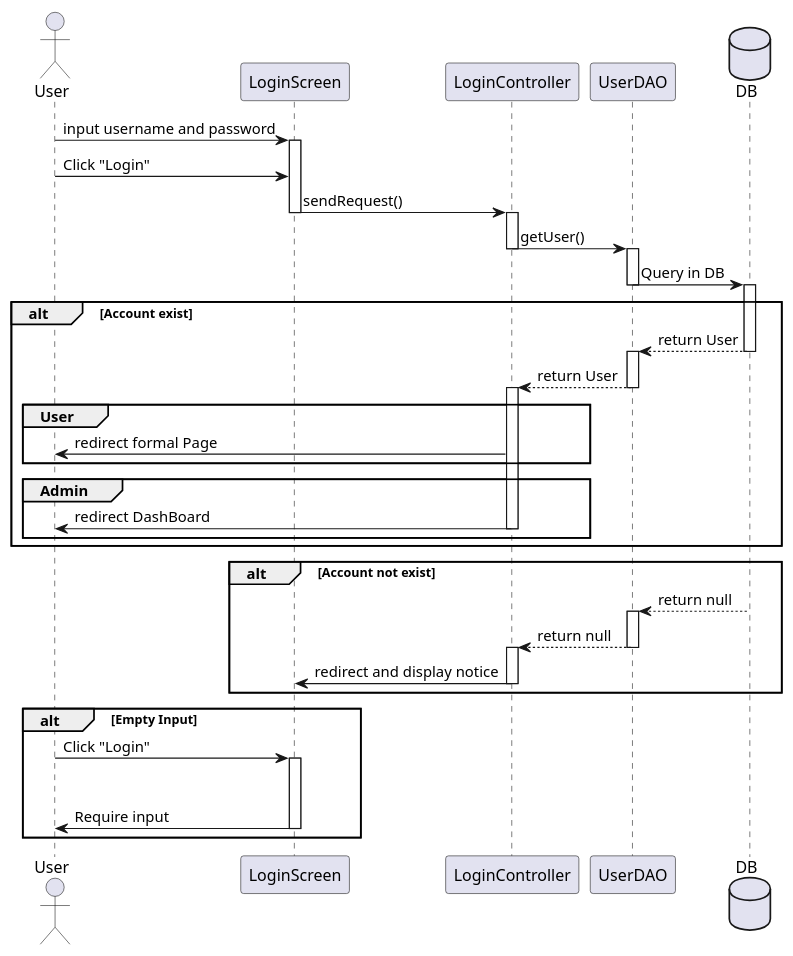
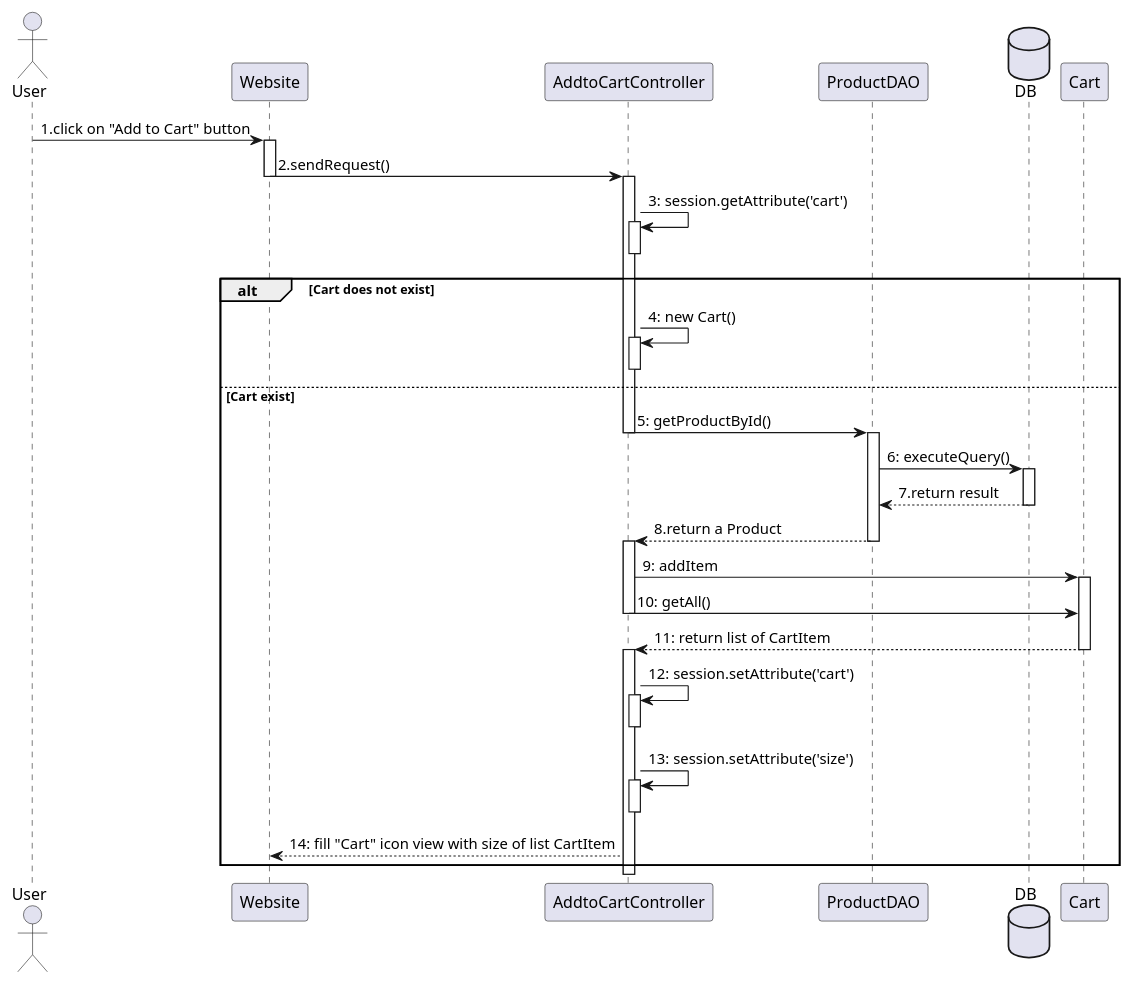
Before and after one commit to baspdd/desktop-tutorial: the diagram in Seuqence/te1.puml, drawn with PlantUML. The commit also changed 139 other files, not shown here.

```diff
--- a/Seuqence/te1.puml
+++ b/Seuqence/te1.puml
@@ -1,41 +1,30 @@
 @startuml
 
 actor       User
-participant LoginScreen
-participant LoginController
-participant UserDAO
+participant Website
+participant AddtoCartController
+participant ProductDAO
 database DB
+participant Cart
 
-User -> LoginScreen  ++: input username and password
-User -> LoginScreen : Click "Login"
-LoginScreen -> LoginController --++: sendRequest()
+User -> Website  ++: 1.click on "Add to Cart" button
+Website -> AddtoCartController --++: 2.sendRequest()
+AddtoCartController -> AddtoCartController ++--: 3: session.getAttribute('cart')
 
-LoginController -> UserDAO --++ :getUser()
+alt Cart does not exist
+    AddtoCartController -> AddtoCartController ++--: 4: new Cart()
+else Cart exist
+    AddtoCartController -> ProductDAO --++: 5: getProductById()
+    ProductDAO -> DB ++: 6: executeQuery()
+    DB --> ProductDAO --: 7.return result
+    ProductDAO --> AddtoCartController --++: 8.return a Product
+    AddtoCartController -> Cart ++: 9: addItem
+    AddtoCartController -> Cart --: 10: getAll()
+    Cart --> AddtoCartController --++: 11: return list of CartItem
+    AddtoCartController -> AddtoCartController ++--: 12: session.setAttribute('cart')
+    AddtoCartController -> AddtoCartController ++--: 13: session.setAttribute('size')
+    AddtoCartController --> Website : 14: fill "Cart" icon view with size of list CartItem
 
-UserDAO -> DB --++ : Query in DB
-
-alt Account exist
-    DB --> UserDAO --++: return User
-    UserDAO --> LoginController --++: return User
-    group User
-        LoginController -> User : redirect formal Page
-    end
-    group Admin
-        LoginController -> User --: redirect DashBoard
-    end
-end
-alt Account not exist
-    DB --> UserDAO --++: return null
-    UserDAO --> LoginController --++: return null
-    LoginController -> LoginScreen --: redirect and display notice
 end
 
-alt Empty Input
-    User -> LoginScreen ++--: Click "Login"
-    LoginScreen -> User --: Require input
-end
-
-
-
-
 @enduml
```
